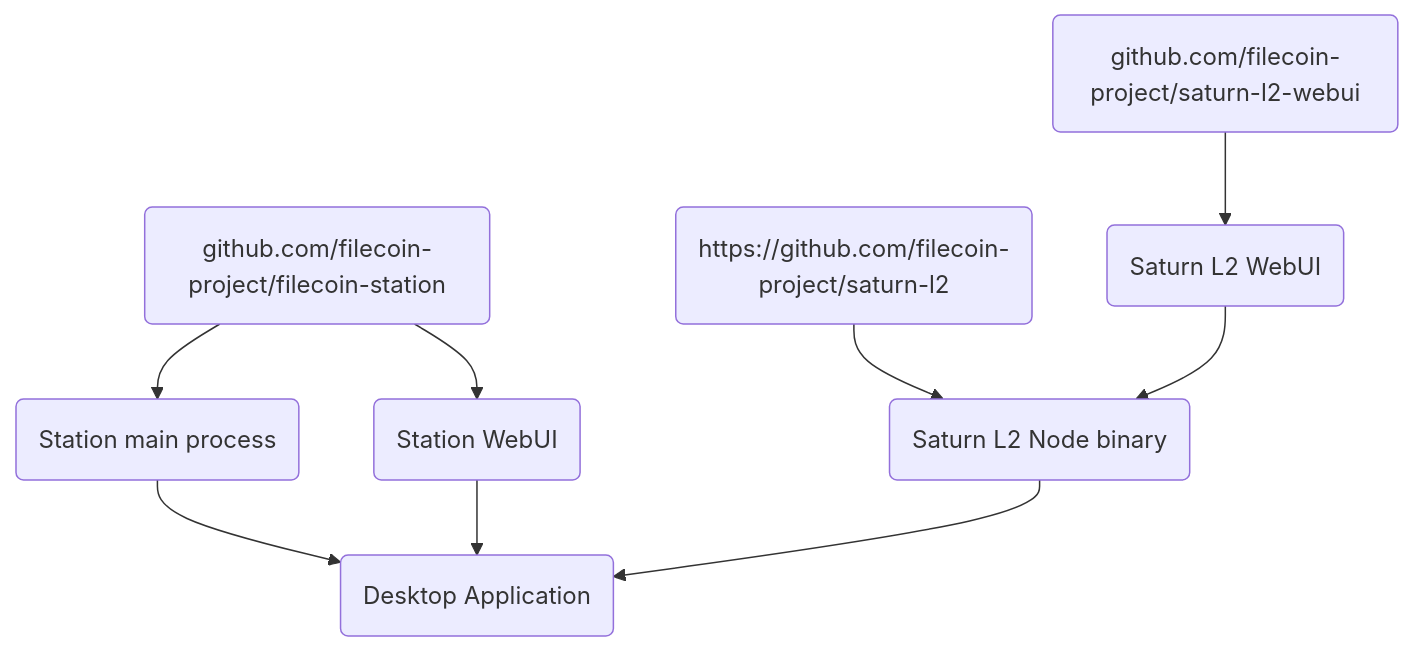
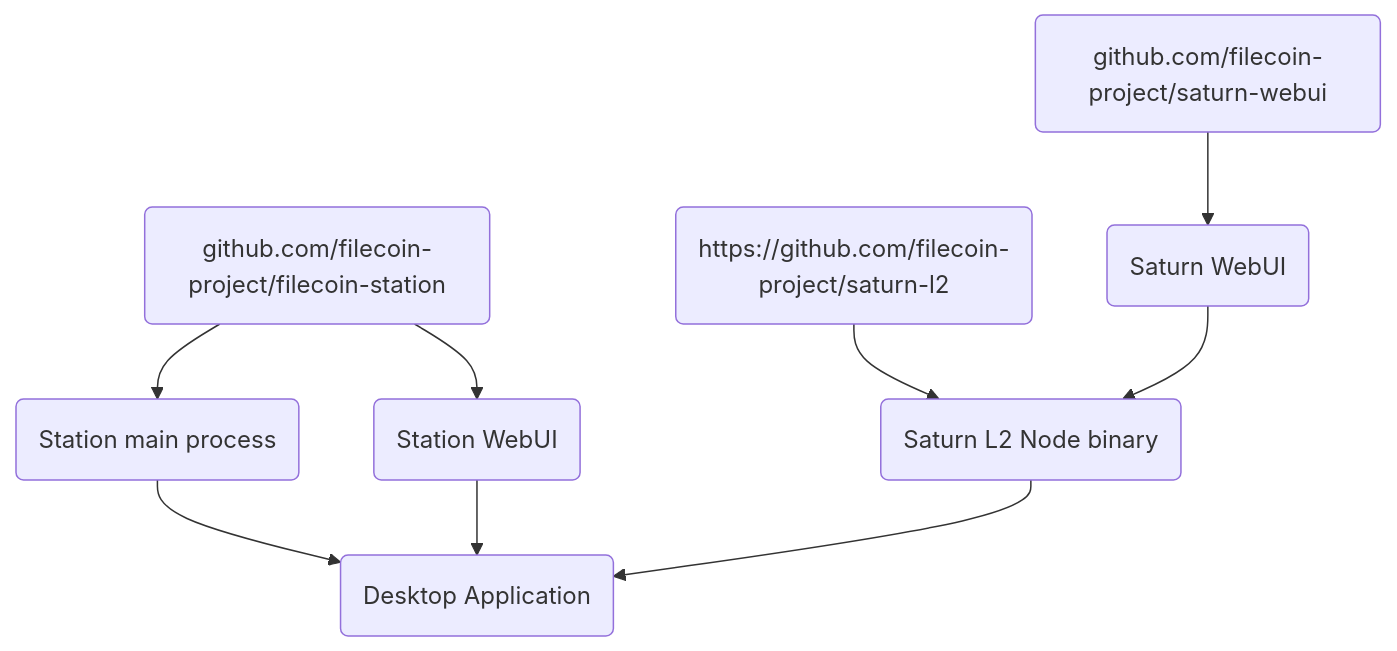
The diagram in docs/DEVELOPING.md (filecoin-station/desktop), drawn with Mermaid before and after one commit. The commit also changed other lines of this file, not shown here.

Commit message:
docs: rename webui repo

````diff
--- a/docs/DEVELOPING.md
+++ b/docs/DEVELOPING.md
@@ -7,16 +7,16 @@
 ```mermaid
 graph
   fil-stat-repo(github.com/filecoin-project/filecoin-station) --> fil-stat-main(Station main process)
   fil-stat-repo --> fil-stat-webui(Station WebUI)
 
   saturn-l2-repo(https://github.com/filecoin-project/saturn-l2)
   --> saturn-l2-go(Saturn L2 Node binary)
 
-  saturn-l2-webui-repo(github.com/filecoin-project/saturn-l2-webui)
-  --> saturn-l2-webui(Saturn L2 WebUI)
-  saturn-l2-webui --> saturn-l2-go
+  saturn-webui-repo(github.com/filecoin-project/saturn-webui)
+  --> saturn-webui(Saturn WebUI)
+  saturn-webui --> saturn-l2-go
 
   fil-stat-main --> fil-stat-distro(Desktop Application)
   fil-stat-webui --> fil-stat-distro
   saturn-l2-go --> fil-stat-distro
 ```
````
